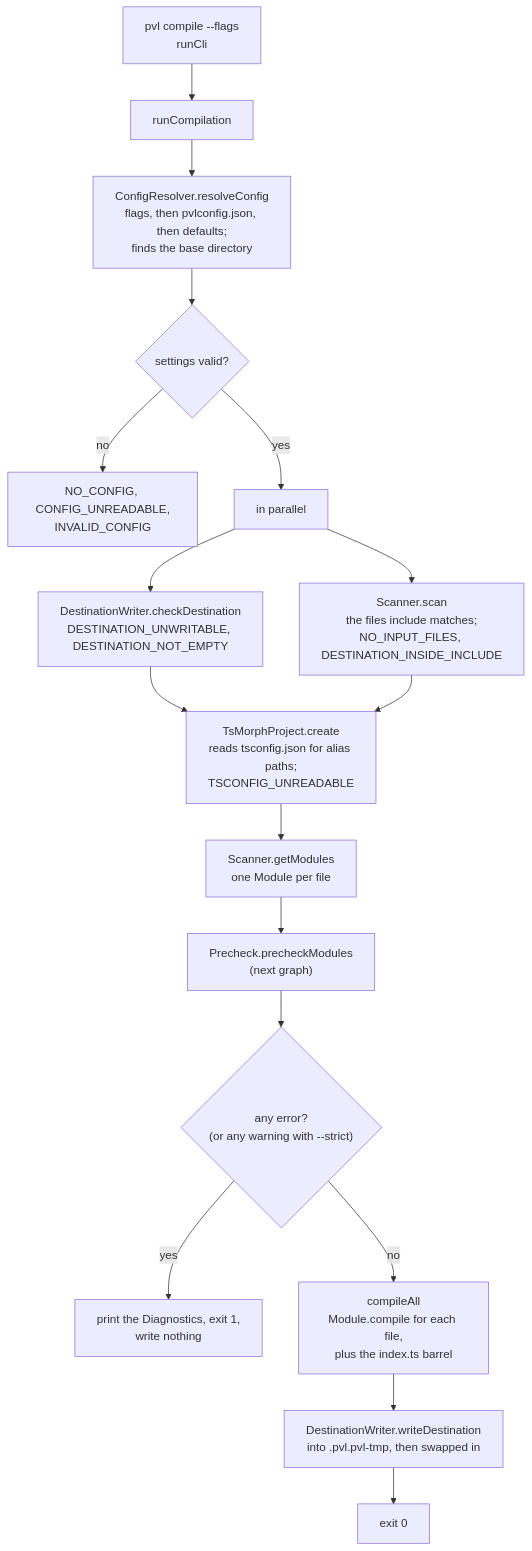
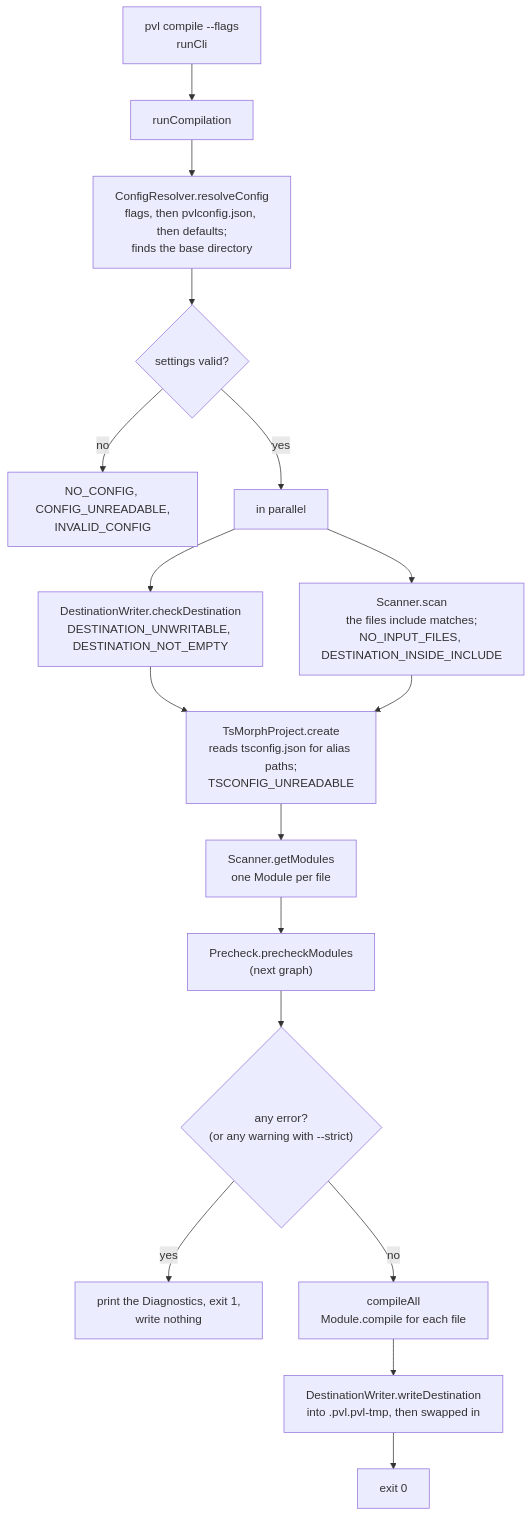
One commit to Ota-Prokopec/pvl changed the second of 5 diagrams in docs/wiki/Compiler-Build-Pipeline.md. Above: the diagram before and after it, drawn with Mermaid. The commit also changed other lines of this file and 13 other files, not shown here.

First line of the commit message:
refactor(schema-compiler): remove the generated barrel and make DEFAULT_EXPORT a warning

````diff
--- a/docs/wiki/Compiler-Build-Pipeline.md
+++ b/docs/wiki/Compiler-Build-Pipeline.md
@@ -23,19 +23,19 @@
 ```mermaid
 flowchart TD
     CLI["pvl compile --flags<br/>runCli"] --> RC["runCompilation"]
     RC --> CR["ConfigResolver.resolveConfig<br/>flags, then pvlconfig.json, then defaults;<br/>finds the base directory"]
     CR --> CRD{"settings valid?"}
     CRD -- no --> E1["NO_CONFIG, CONFIG_UNREADABLE,<br/>INVALID_CONFIG"]
     CRD -- yes --> PAR["in parallel"]
     PAR --> DW["DestinationWriter.checkDestination<br/>DESTINATION_UNWRITABLE, DESTINATION_NOT_EMPTY"]
     PAR --> SC["Scanner.scan<br/>the files include matches;<br/>NO_INPUT_FILES, DESTINATION_INSIDE_INCLUDE"]
     DW --> TSP["TsMorphProject.create<br/>reads tsconfig.json for alias paths;<br/>TSCONFIG_UNREADABLE"]
     SC --> TSP
     TSP --> MOD["Scanner.getModules<br/>one Module per file"]
     MOD --> PC["Precheck.precheckModules<br/>(next graph)"]
     PC --> ERR{"any error?<br/>(or any warning with --strict)"}
     ERR -- yes --> NOWRITE["print the Diagnostics, exit 1,<br/>write nothing"]
-    ERR -- no --> CA["compileAll<br/>Module.compile for each file,<br/>plus the index.ts barrel"]
+    ERR -- no --> CA["compileAll<br/>Module.compile for each file"]
     CA --> WD["DestinationWriter.writeDestination<br/>into .pvl.pvl-tmp, then swapped in"]
     WD --> DONE["exit 0"]
 ```
````
